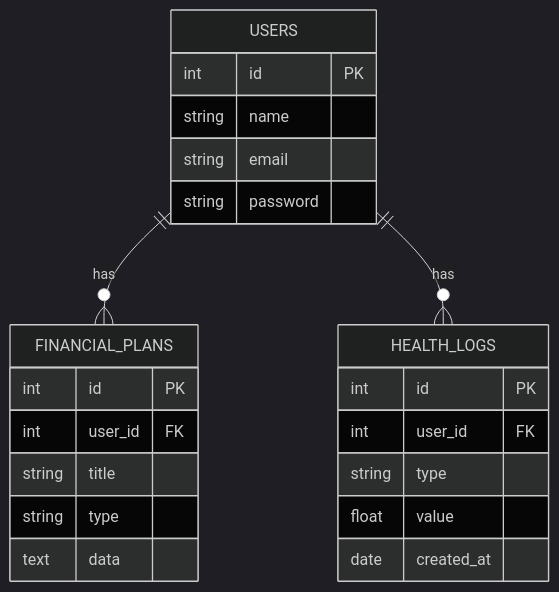
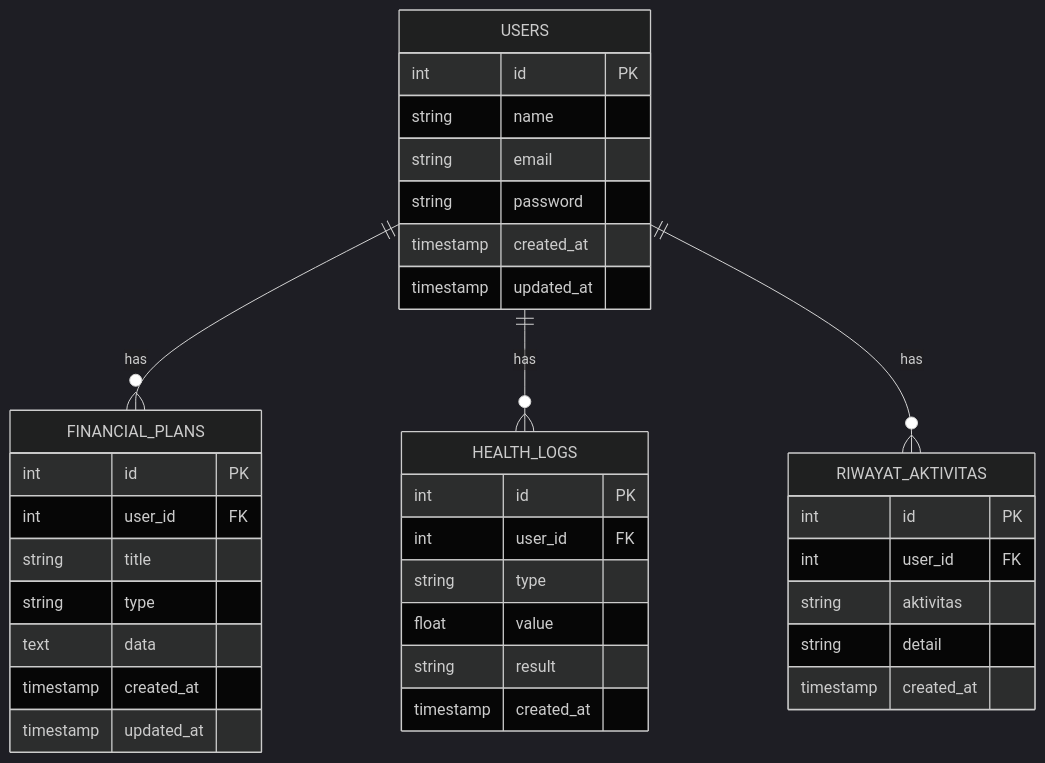
One commit to falcon-ioi/Caclcon changed the fourth of 4 diagrams in README.md. Above: the diagram before and after it, drawn with Mermaid (dark theme). The commit also changed other lines of this file, not shown here.

````diff
--- a/README.md
+++ b/README.md
@@ -140,28 +146,42 @@
 ```mermaid
 erDiagram
     USERS ||--o{ FINANCIAL_PLANS : has
     USERS ||--o{ HEALTH_LOGS : has
+    USERS ||--o{ RIWAYAT_AKTIVITAS : has
     
     USERS {
         int id PK
         string name
         string email
         string password
+        timestamp created_at
+        timestamp updated_at
     }
     
     FINANCIAL_PLANS {
         int id PK
         int user_id FK
         string title
         string type
         text data
+        timestamp created_at
+        timestamp updated_at
     }
     
     HEALTH_LOGS {
         int id PK
         int user_id FK
         string type
         float value
-        date created_at
+        string result
+        timestamp created_at
+    }
+    
+    RIWAYAT_AKTIVITAS {
+        int id PK
+        int user_id FK
+        string aktivitas
+        string detail
+        timestamp created_at
     }
 ```
````
